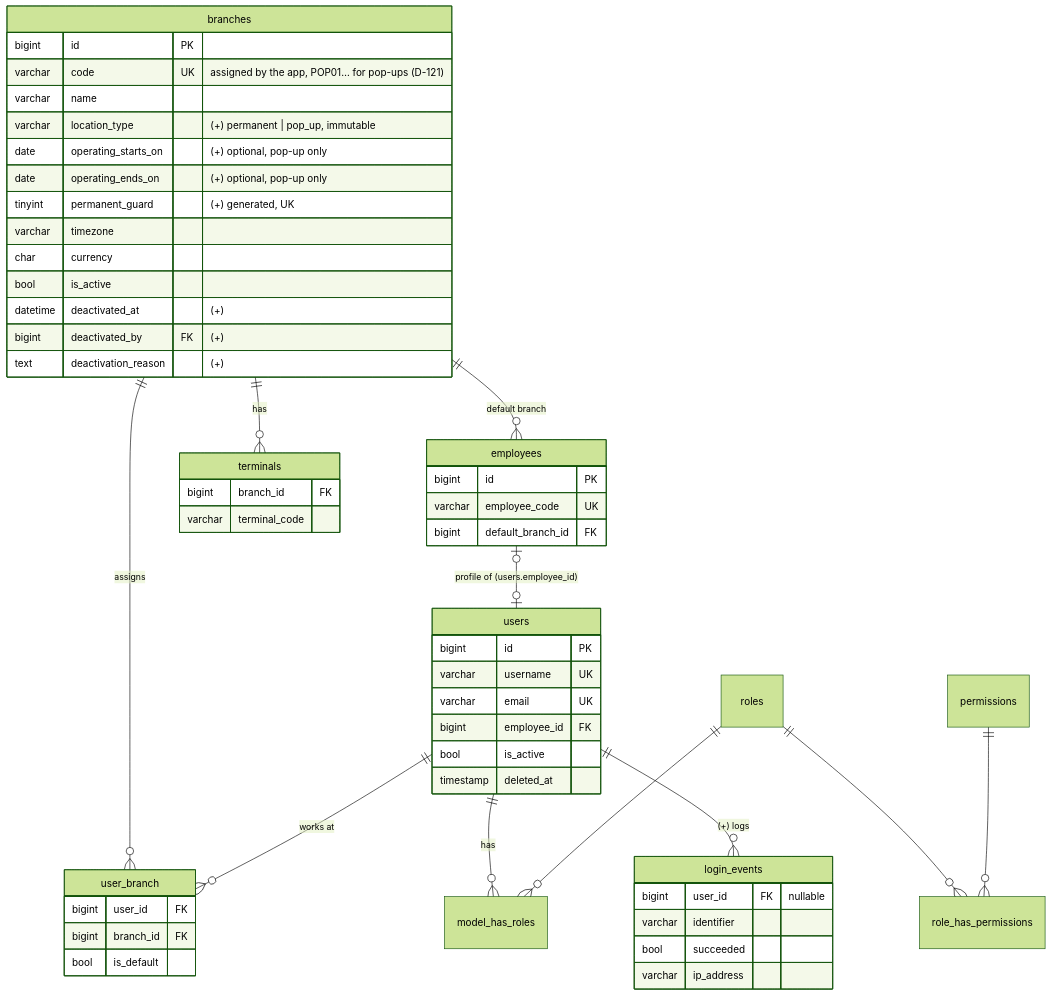
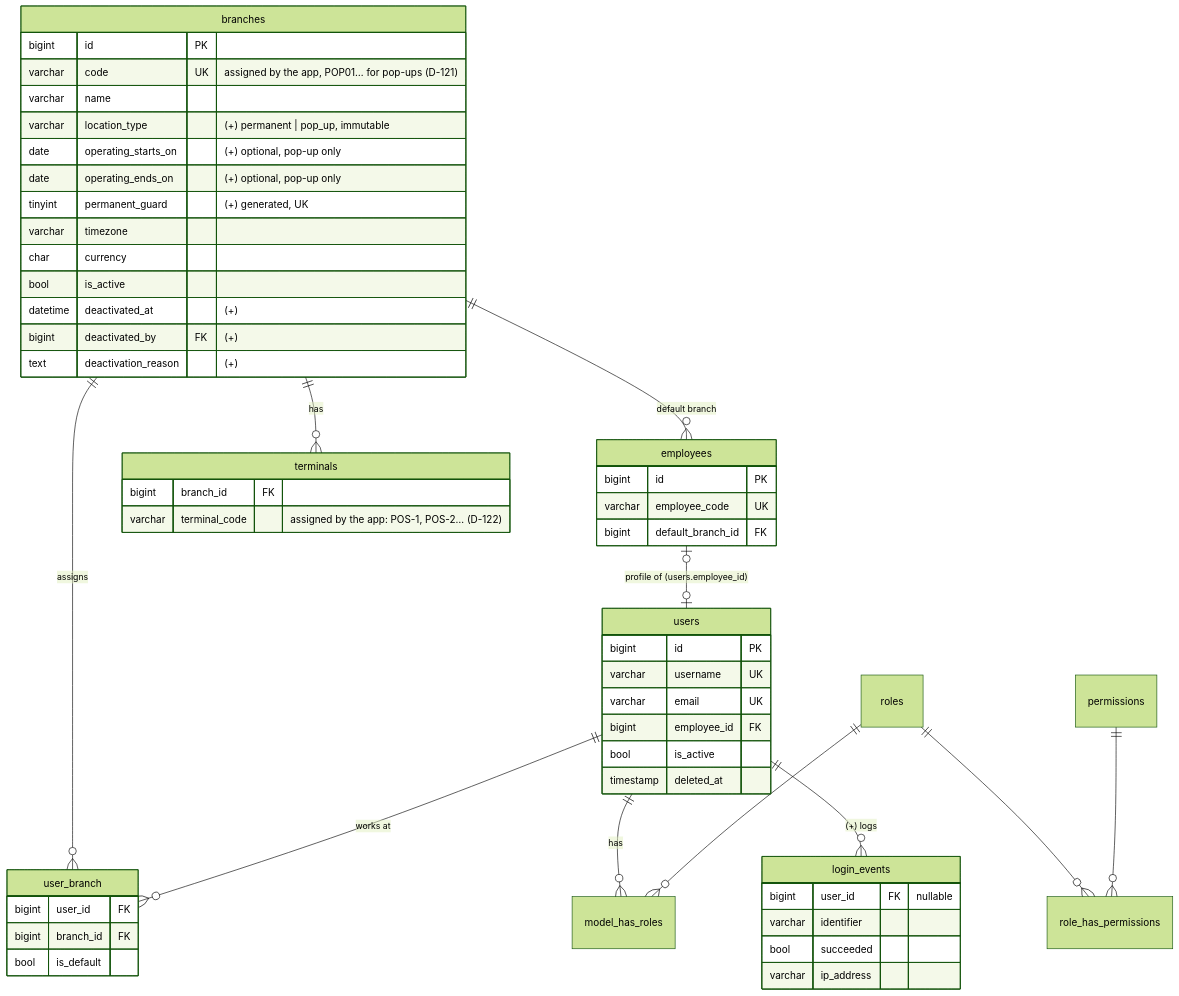
Before and after one commit to eichebiem/brevon-pos: the first of 6 diagrams in docs/ERD.md, drawn with Mermaid (forest theme). The commit also changed other lines of this file and 8 other files, not shown here.

Commit message:
Updated creation of POS terminal logic to automatically create terminal code

````diff
--- a/docs/ERD.md
+++ b/docs/ERD.md
@@ -11,45 +11,45 @@
 ```mermaid
 erDiagram
     branches ||--o{ user_branch : "assigns"
     users ||--o{ user_branch : "works at"
     employees |o--o| users : "profile of (users.employee_id)"
     branches ||--o{ employees : "default branch"
     branches ||--o{ terminals : has
     users ||--o{ model_has_roles : has
     roles ||--o{ model_has_roles : ""
     roles ||--o{ role_has_permissions : ""
     permissions ||--o{ role_has_permissions : ""
     users ||--o{ login_events : "(+) logs"
 
     branches { bigint id PK
       varchar code UK "assigned by the app, POP01… for pop-ups (D-121)"
       varchar name
       varchar location_type "(+) permanent | pop_up, immutable"
       date operating_starts_on "(+) optional, pop-up only"
       date operating_ends_on "(+) optional, pop-up only"
       tinyint permanent_guard "(+) generated, UK"
       varchar timezone
       char currency
       bool is_active
       datetime deactivated_at "(+)"
       bigint deactivated_by FK "(+)"
       text deactivation_reason "(+)" }
     users { bigint id PK
       varchar username UK
       varchar email UK
       bigint employee_id FK
       bool is_active
       timestamp deleted_at }
     employees { bigint id PK
       varchar employee_code UK
       bigint default_branch_id FK }
     user_branch { bigint user_id FK
       bigint branch_id FK
       bool is_default }
     terminals { bigint branch_id FK
-      varchar terminal_code }
+      varchar terminal_code "assigned by the app: POS-1, POS-2… (D-122)" }
     login_events { bigint user_id FK "nullable"
       varchar identifier
       bool succeeded
       varchar ip_address }
 ```
````
